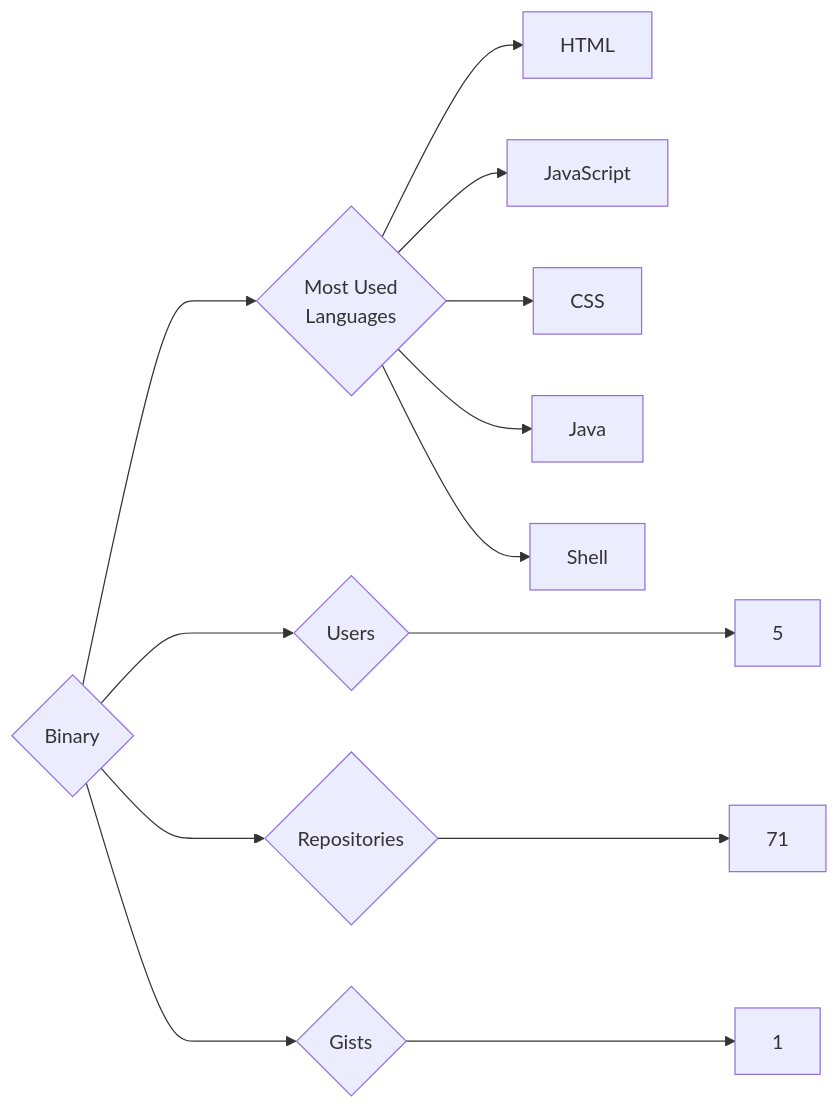
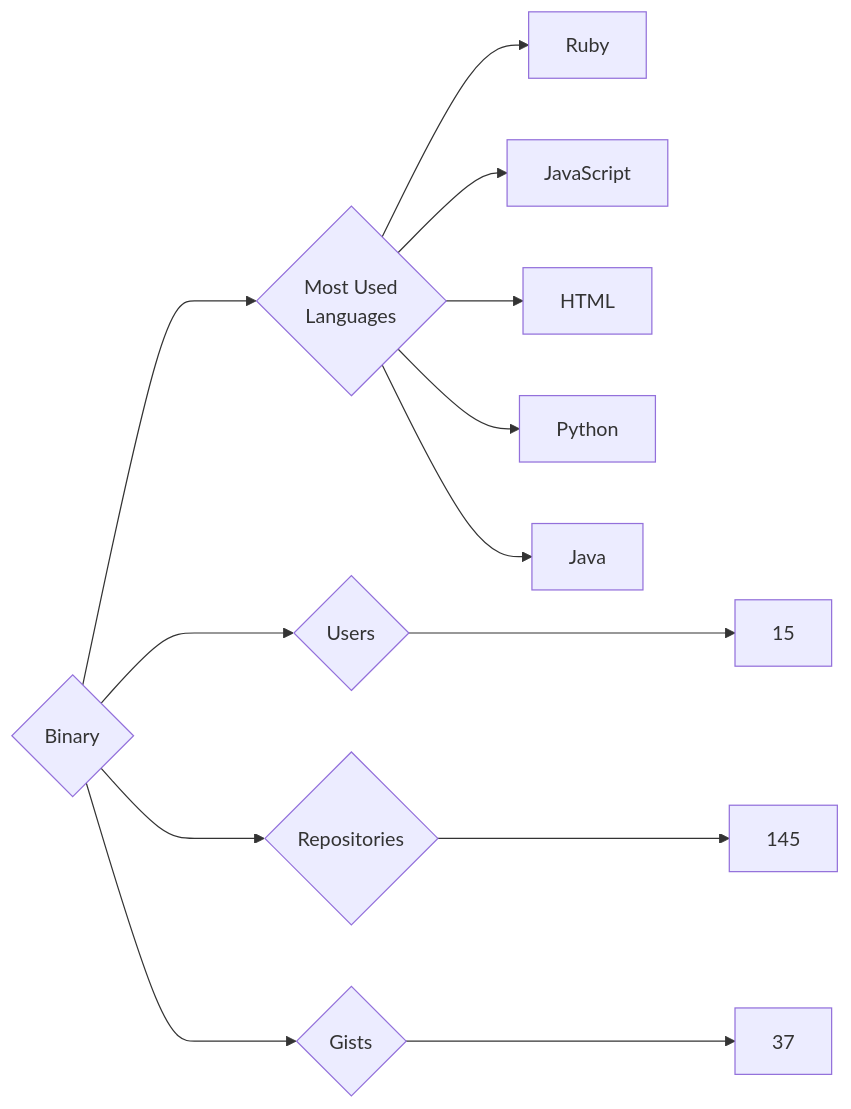
Before and after one commit to trickest/insiders: the diagram in targets/Binary/README.md, drawn with Mermaid. The commit also changed 1314 other files, not shown here.

````diff
--- a/targets/Binary/README.md
+++ b/targets/Binary/README.md
@@ -3,13 +3,13 @@
 ```mermaid
 graph LR
 COMPANY_NAME{Binary}
-COMPANY_NAME ---> U{Users} ---> UN[5]
-COMPANY_NAME ---> R{Repositories} ---> RN[71]
-COMPANY_NAME ---> G{Gists} ---> GN[1]
+COMPANY_NAME ---> U{Users} ---> UN[15]
+COMPANY_NAME ---> R{Repositories} ---> RN[145]
+COMPANY_NAME ---> G{Gists} ---> GN[37]
 COMPANY_NAME ---> ML{Most Used<br>Languages}
+ML --> Ruby[Ruby]
+ML --> JavaScript[JavaScript]
 ML --> HTML[HTML]
-ML --> JavaScript[JavaScript]
-ML --> CSS[CSS]
+ML --> Python[Python]
 ML --> Java[Java]
-ML --> Shell[Shell]
 ```
````
